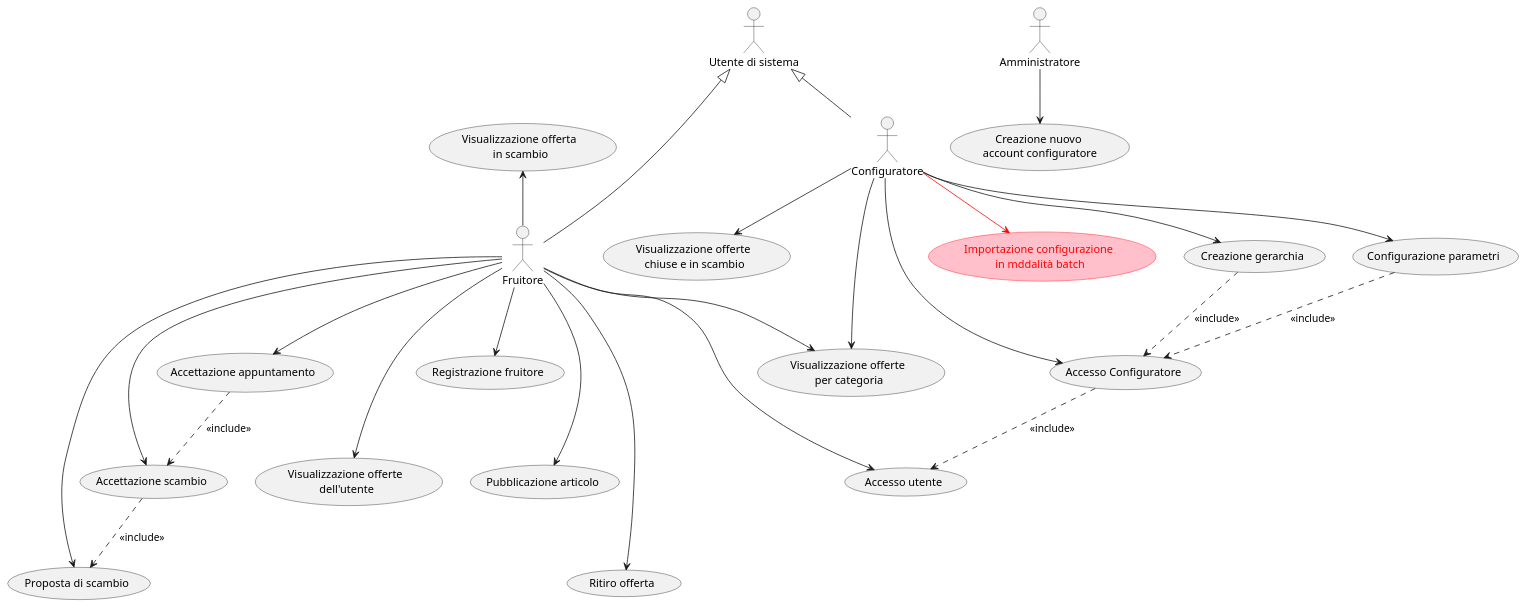
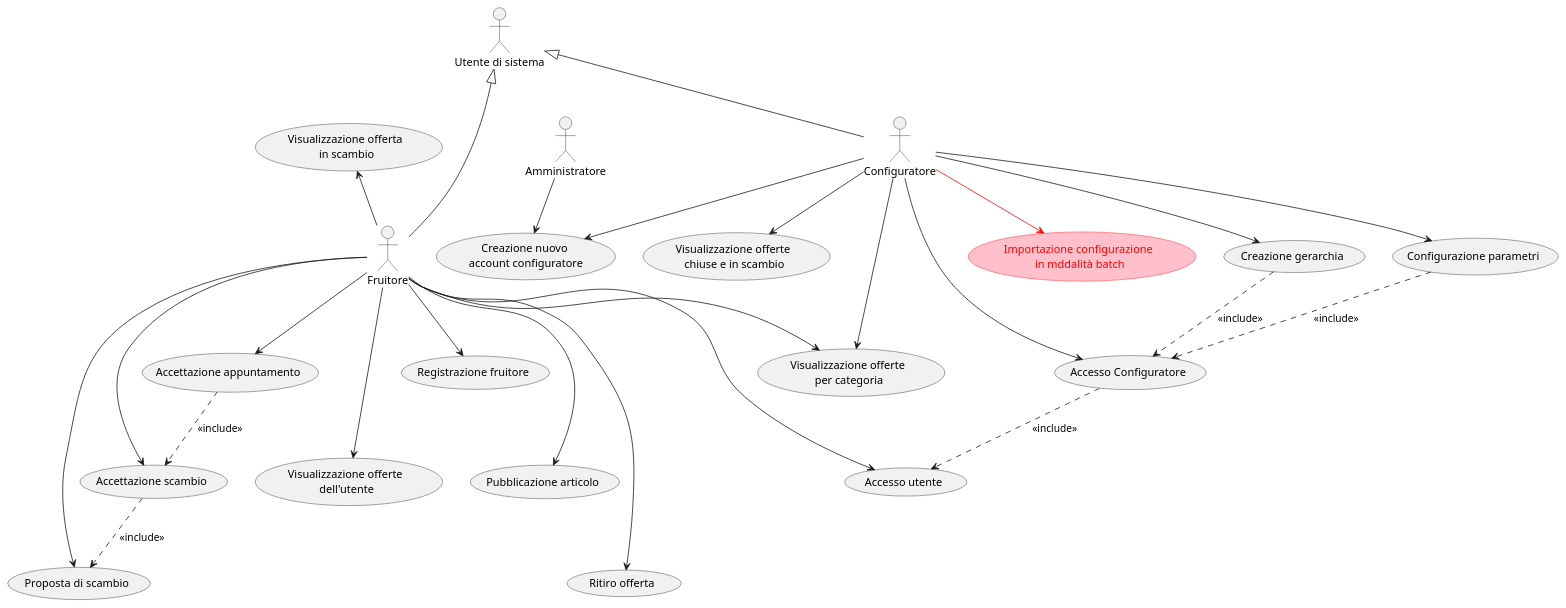
One commit to Matlice/ing_sw_2022 changed the diagram in DOC/VER5/diagrams/use_case/version_5.puml. Above: the diagram before and after it, drawn with PlantUML. The commit also changed 9 other files, not shown here.

```diff
--- a/DOC/VER5/diagrams/use_case/version_5.puml
+++ b/DOC/VER5/diagrams/use_case/version_5.puml
@@ -1,61 +1,65 @@
 @startuml
 
 :Utente di sistema: as user
 :Configuratore: as conf
 :Amministratore: as adm
 
 conf -up-|> user
 conf --> (Accesso Configuratore)
 conf --> (Creazione gerarchia)
 
 adm --> (Creazione nuovo \naccount configuratore)
+conf --> (Creazione nuovo \naccount configuratore)
 
 (Accesso Configuratore) ..> (Accesso utente): <<include>>
 (Creazione gerarchia) ..> (Accesso Configuratore): <<include>>
 
 :Fruitore: as fruit
 
 fruit -up-|> user
 
 (Configurazione parametri)
 (Registrazione fruitore)
 
 conf --> (Configurazione parametri)
 fruit --> (Registrazione fruitore)
 fruit --> (Accesso utente)
 (Configurazione parametri) ..> (Accesso Configuratore) : <<include>>
 
 fruit --> (Pubblicazione articolo)
 fruit --> (Ritiro offerta)
 fruit --> (Visualizzazione offerte \nper categoria)
 conf --> (Visualizzazione offerte \nper categoria)
 fruit --> (Visualizzazione offerte \ndell'utente)
 
 (Proposta di scambio)
 (Accettazione scambio)
 (Accettazione appuntamento)
 (Visualizzazione offerta \nin scambio)
 (Visualizzazione offerte \nchiuse e in scambio)
 
 fruit --> (Proposta di scambio)
 fruit --> (Accettazione scambio)
 fruit --> (Accettazione appuntamento)
 fruit -up-> (Visualizzazione offerta \nin scambio)
 conf --> (Visualizzazione offerte \nchiuse e in scambio)
 
 (Accettazione appuntamento) ..> (Accettazione scambio) : <<include>>
 (Accettazione scambio) ..> (Proposta di scambio) : <<include>>
 
 (Visualizzazione offerte \nchiuse e in scambio) -[hidden]- (Visualizzazione offerte \nper categoria)
 (Registrazione fruitore) -[hidden]- (Pubblicazione articolo)
 (Pubblicazione articolo) -[hidden]- (Ritiro offerta)
 (Registrazione fruitore) -[hidden]- (Visualizzazione offerte \ndell'utente)
 (Accettazione appuntamento) -[hidden]- (Visualizzazione offerte \ndell'utente)
 
 'VERSIONE 5 ==========================================
 
 (Importazione configurazione \nin mddalità batch) #pink;line:red;text:red
 
 conf --> (Importazione configurazione \nin mddalità batch) #red;text:red
 
+(Registrazione fruitore) -[hidden]- (Pubblicazione articolo)
+(Registrazione fruitore) -[hidden]- (Visualizzazione offerte \ndell'utente)
+
 @enduml
```
